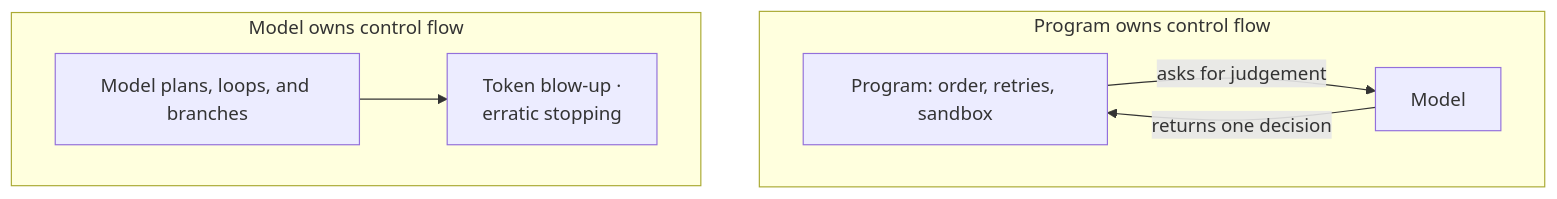
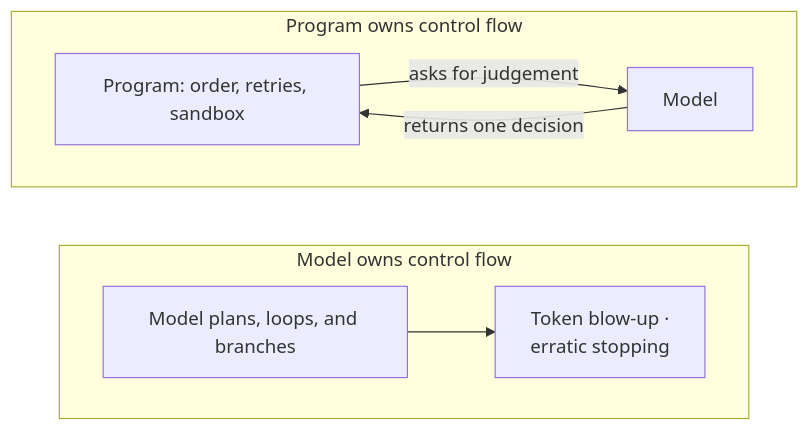
The second of 2 diagrams in book/04-disciplines.md (ChristineTham/aidou), drawn with Mermaid before and after one commit. The commit also changed other lines of this file and 1 other file, not shown here.

First line of the commit message:
Ch4 intro + diagram fix; Ch6 illustration/attribution edits

````diff
--- a/book/04-disciplines.md
+++ b/book/04-disciplines.md
@@ -98,12 +97,14 @@
 ```mermaid
-flowchart TB
+flowchart
+  direction TB
     subgraph Reliable [Program owns control flow]
       direction LR
       PR["Program: order, retries, sandbox"] -->|asks for judgement| MR[Model]
       MR -->|returns one decision| PR
     end
     subgraph Fragile [Model owns control flow]
       direction LR
       MF["Model plans, loops, and branches"] --> X["Token blow-up ·<br/>erratic stopping"]
     end
+    Reliable ~~~ Fragile
 ```
````
